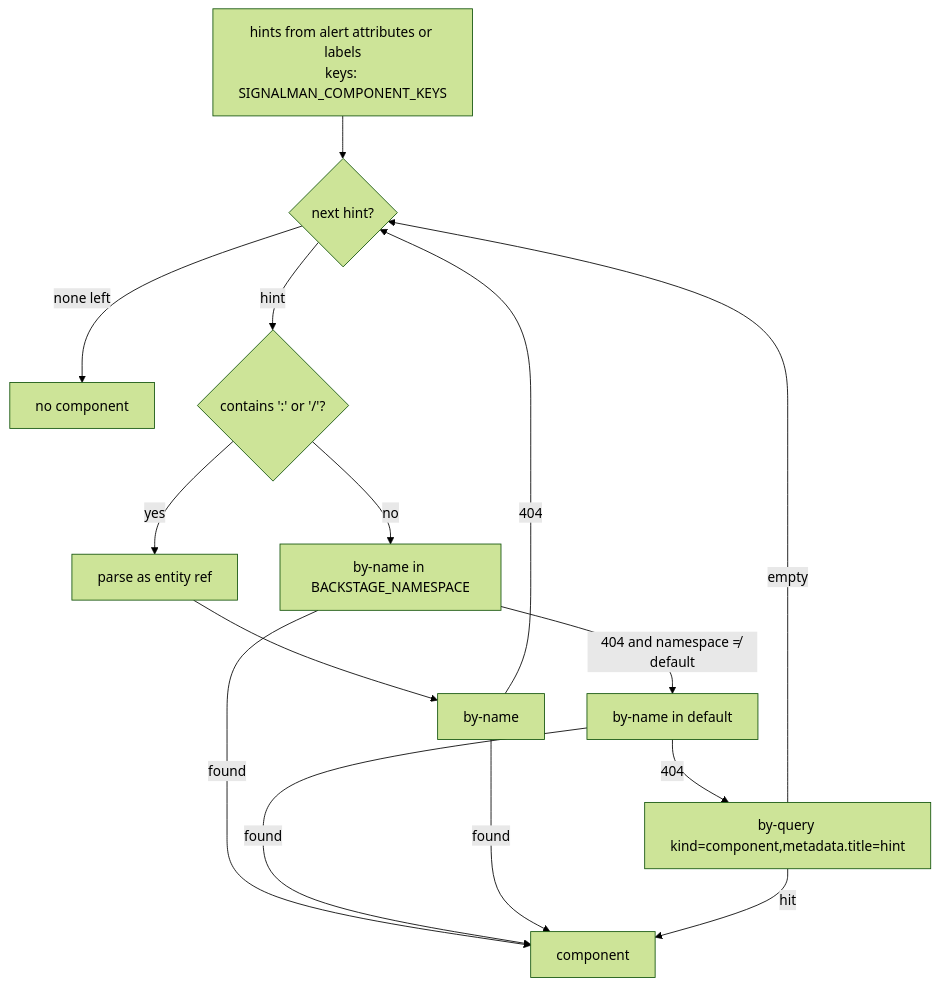
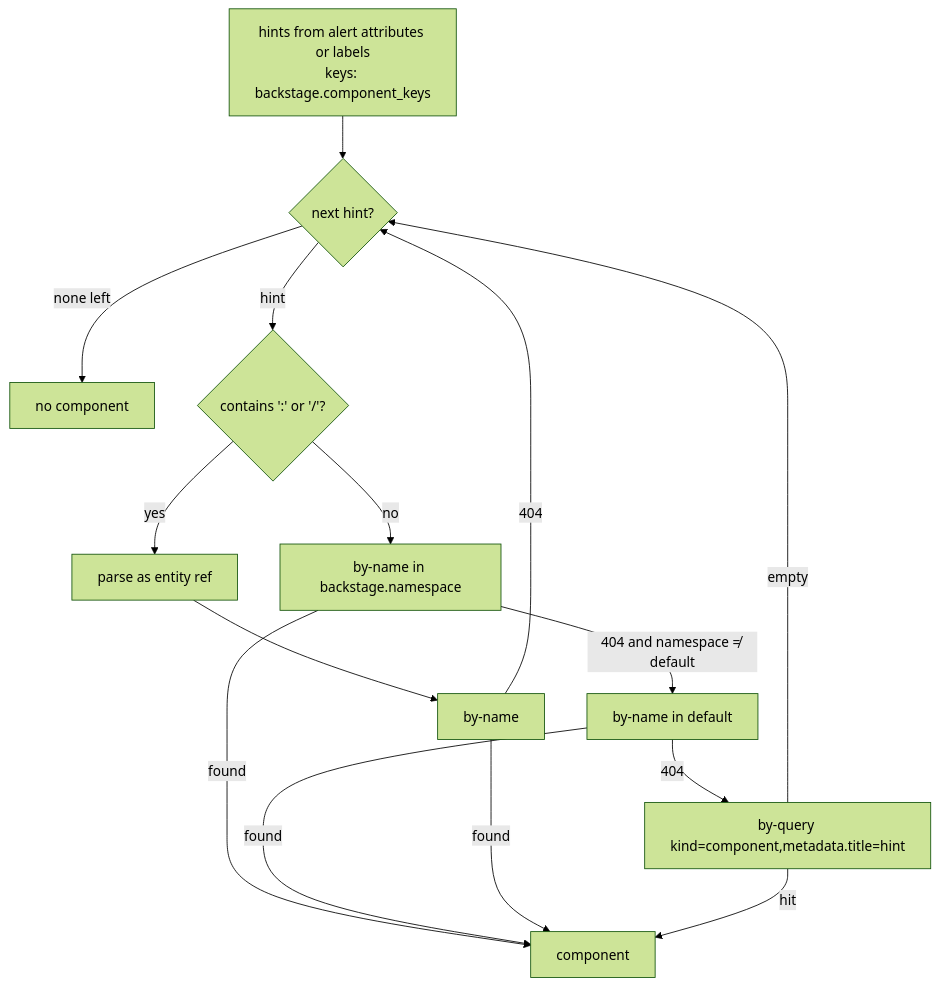
One commit to chussenot/signalman changed the first of 4 diagrams in docs/backstage.md. Above: the diagram before and after it, drawn with Mermaid (forest theme). The commit also changed other lines of this file and 7 other files, not shown here.

````diff
--- a/docs/backstage.md
+++ b/docs/backstage.md
@@ -28,16 +32,16 @@
 ```mermaid
 flowchart TD
-    H[hints from alert attributes or labels<br/>keys: SIGNALMAN_COMPONENT_KEYS] --> N{next hint?}
+    H[hints from alert attributes or labels<br/>keys: backstage.component_keys] --> N{next hint?}
     N -->|none left| NONE[no component]
     N -->|hint| F{contains ':' or '/'?}
     F -->|yes| REF[parse as entity ref] --> BN
-    F -->|no| BN1[by-name in BACKSTAGE_NAMESPACE]
+    F -->|no| BN1[by-name in backstage.namespace]
     BN1 -->|404 and namespace ≠ default| BN2[by-name in default]
     BN1 -->|found| C
     BN2 -->|found| C
     BN2 -->|404| BQ[by-query kind=component,metadata.title=hint]
     BN[by-name] -->|found| C[component]
     BN -->|404| N
     BQ -->|hit| C
     BQ -->|empty| N
 ```
````
